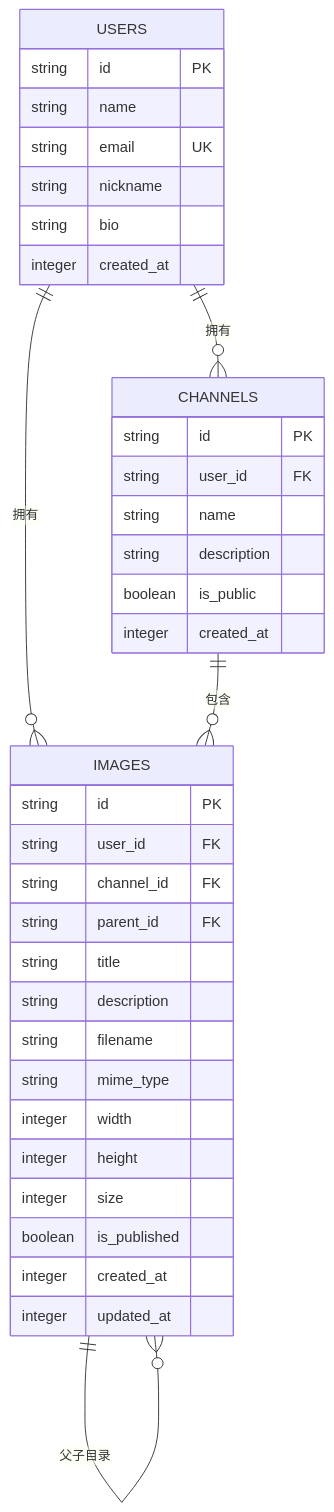
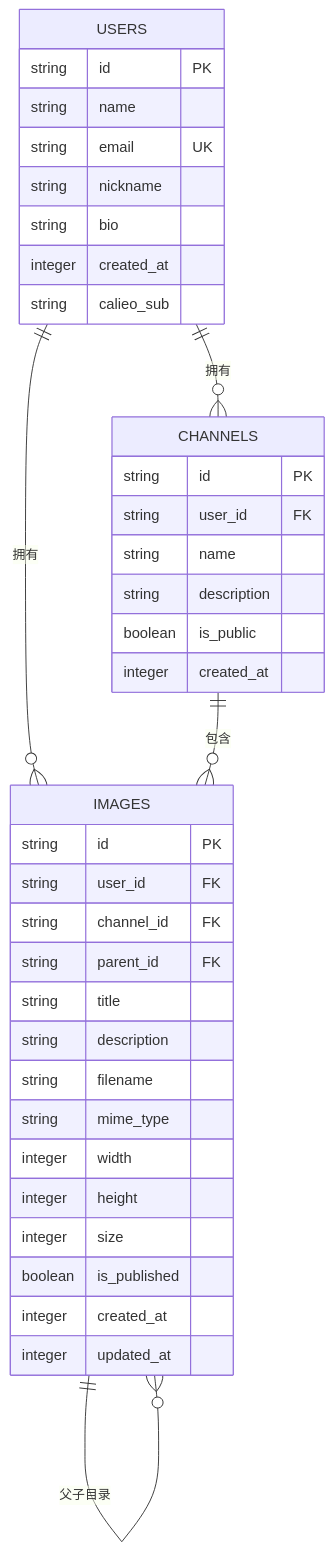
The sixth of 8 diagrams in .qoder/repowiki/zh/content/核心模块/认证系统.md (pnnh/weable), drawn with Mermaid before and after one commit. The commit also changed other lines of this file and 133 other files, not shown here.

Commit message:
实现基于浏览器自带AI识别图片内容功能

````diff
--- a/.qoder/repowiki/zh/content/核心模块/认证系统.md
+++ b/.qoder/repowiki/zh/content/核心模块/认证系统.md
@@ -231,39 +303,40 @@
 ```mermaid
 erDiagram
 USERS {
 string id PK
 string name
 string email UK
 string nickname
 string bio
 integer created_at
+string calieo_sub
 }
 CHANNELS {
 string id PK
 string user_id FK
 string name
 string description
 boolean is_public
 integer created_at
 }
 IMAGES {
 string id PK
 string user_id FK
 string channel_id FK
 string parent_id FK
 string title
 string description
 string filename
 string mime_type
 integer width
 integer height
 integer size
 boolean is_published
 integer created_at
 integer updated_at
 }
 USERS ||--o{ CHANNELS : "拥有"
 USERS ||--o{ IMAGES : "拥有"
 CHANNELS ||--o{ IMAGES : "包含"
 IMAGES ||--o{ IMAGES : "父子目录"
 ```
````
